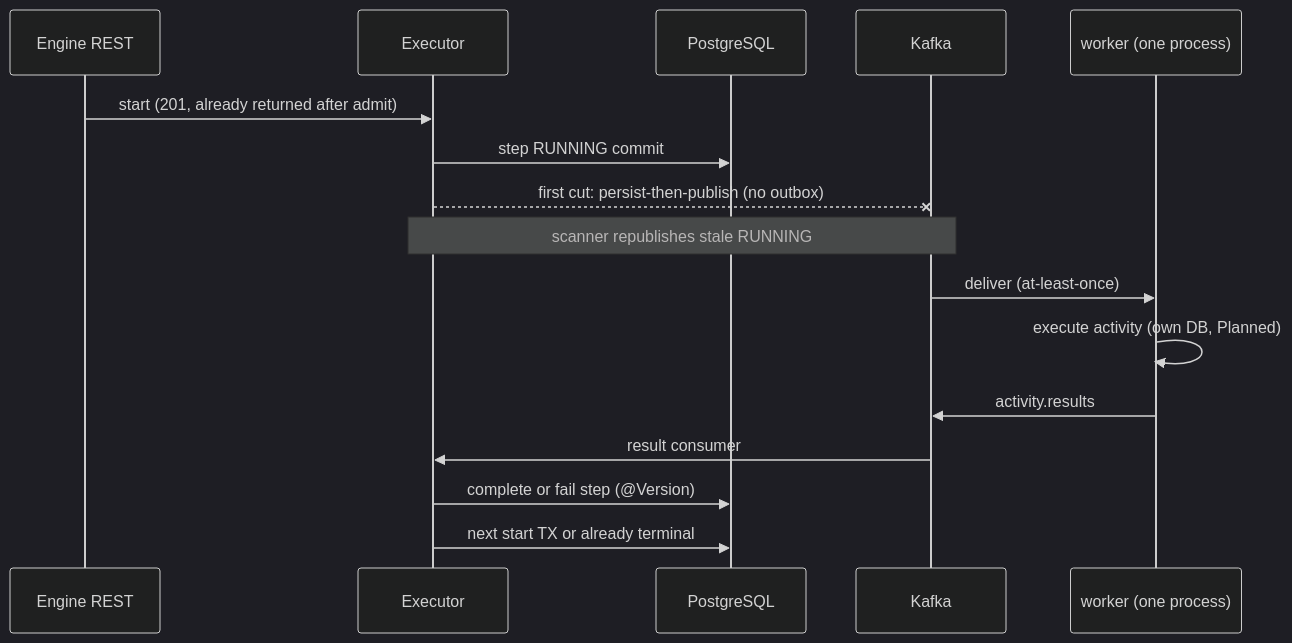
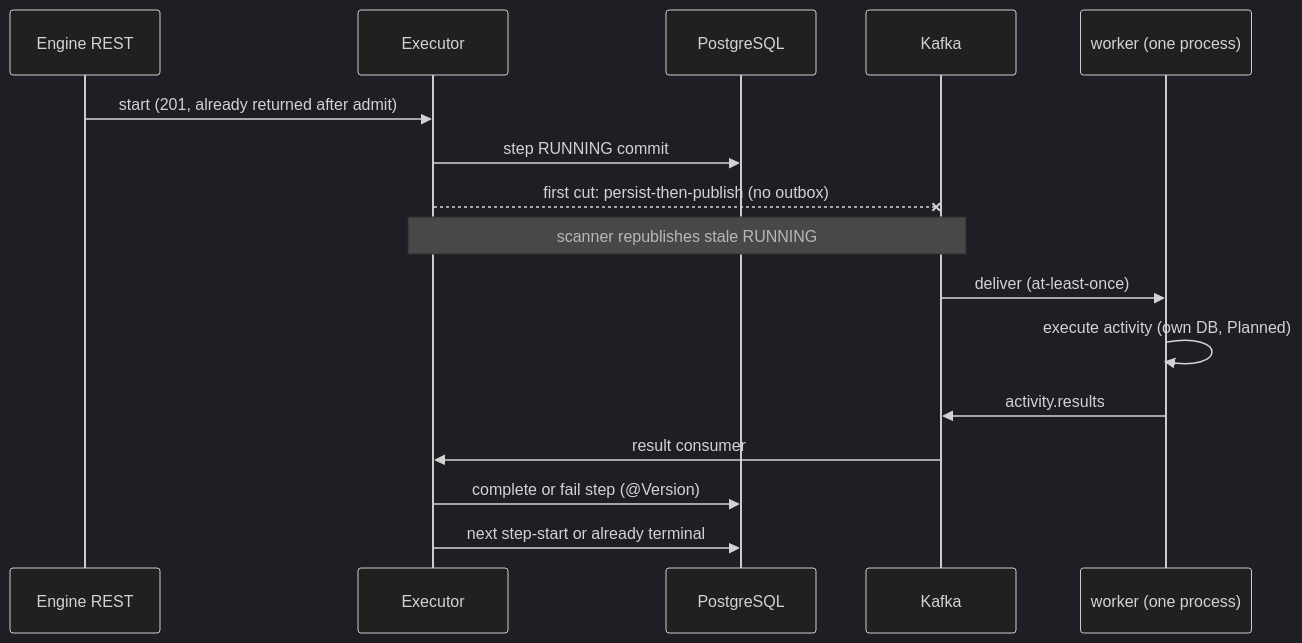
The eighth of 9 diagrams in docs/architecture.md (ganeshpc/distributed-workflow-engine), drawn with Mermaid (dark theme) before and after one commit. The commit also changed other lines of this file and 21 other files, not shown here.

````diff
--- a/docs/architecture.md
+++ b/docs/architecture.md
@@ -891,19 +902,19 @@
 ```mermaid
 sequenceDiagram
   participant API as Engine REST
   participant Exec as Executor
   participant DB as PostgreSQL
   participant K as Kafka
   participant W as worker (one process)
 
   API->>Exec: start (201, already returned after admit)
   Exec->>DB: step RUNNING commit
   Exec--xK: first cut: persist-then-publish (no outbox)
   Note over Exec,K: scanner republishes stale RUNNING
   K->>W: deliver (at-least-once)
   W->>W: execute activity (own DB, Planned)
   W->>K: activity.results
   K->>Exec: result consumer
   Exec->>DB: complete or fail step (@Version)
-  Exec->>DB: next start TX or already terminal
+  Exec->>DB: next step-start or already terminal
 ```
````
